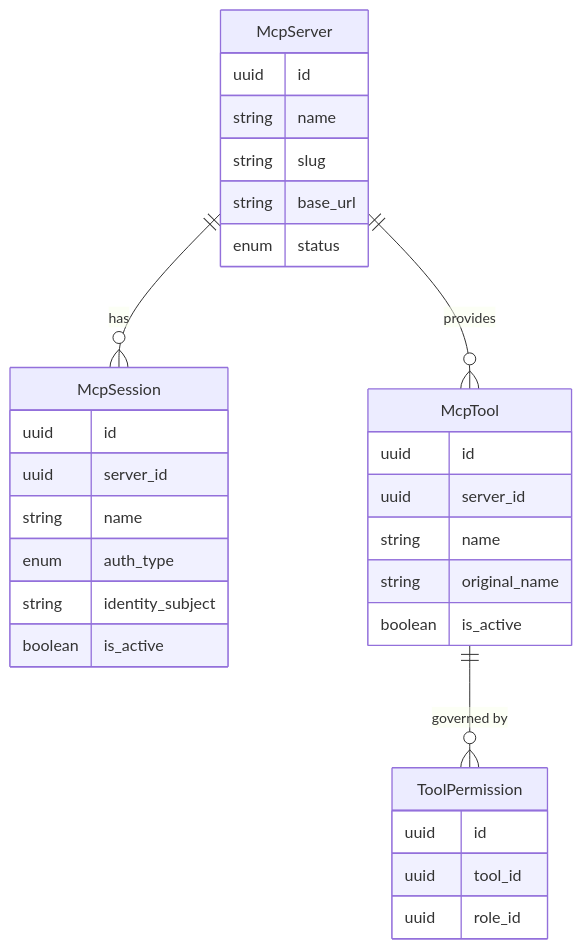
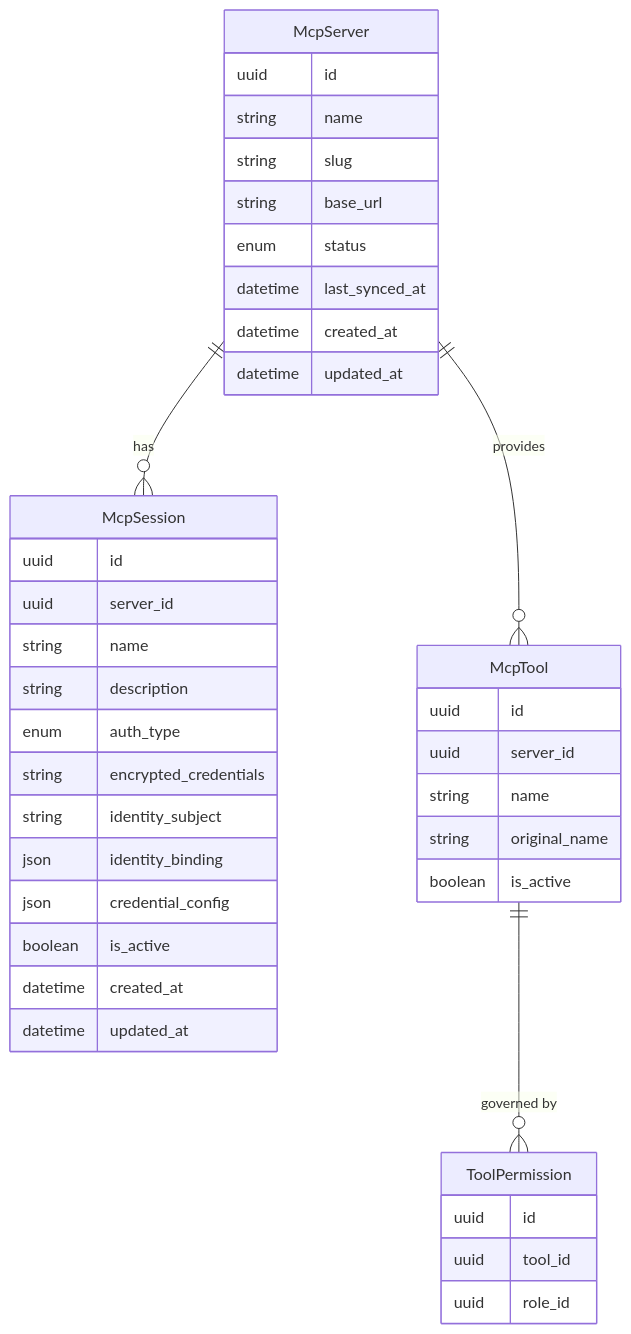
The diagram in docs/master/data-model/modules/mcp-hub/entities.md (hurungang/parthenon), drawn with Mermaid before and after one commit. The commit also changed other lines of this file and 170 other files, not shown here.

````diff
--- a/docs/master/data-model/modules/mcp-hub/entities.md
+++ b/docs/master/data-model/modules/mcp-hub/entities.md
@@ -3,34 +3,43 @@
 ```mermaid
 erDiagram
     McpServer {
         uuid id
         string name
         string slug
         string base_url
         enum status
+        datetime last_synced_at
+        datetime created_at
+        datetime updated_at
     }
     McpSession {
         uuid id
         uuid server_id
         string name
+        string description
         enum auth_type
+        string encrypted_credentials
         string identity_subject
+        json identity_binding
+        json credential_config
         boolean is_active
+        datetime created_at
+        datetime updated_at
     }
     McpTool {
         uuid id
         uuid server_id
         string name
         string original_name
         boolean is_active
     }
     ToolPermission {
         uuid id
         uuid tool_id
         uuid role_id
     }
 
     McpServer ||--o{ McpSession : "has"
     McpServer ||--o{ McpTool : "provides"
     McpTool ||--o{ ToolPermission : "governed by"
 ```
````
